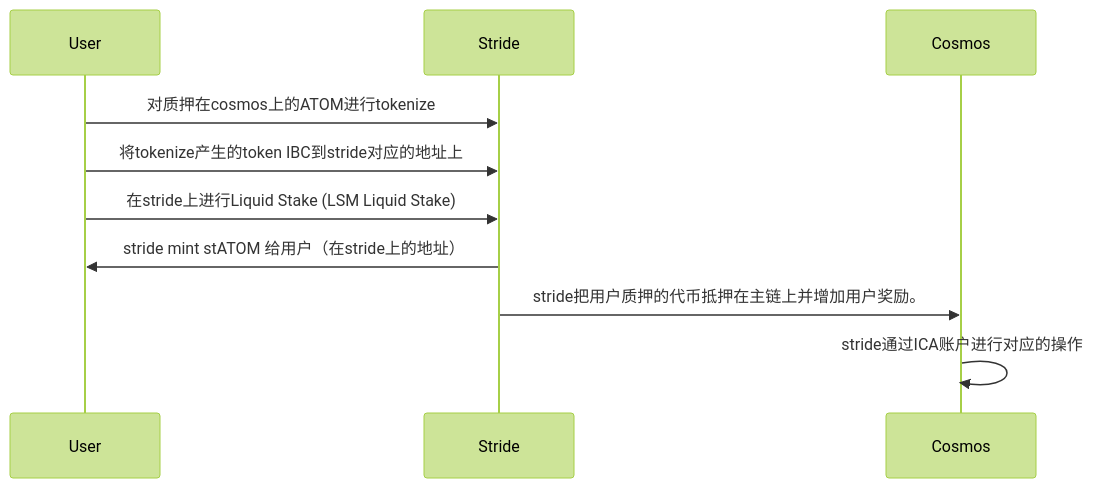
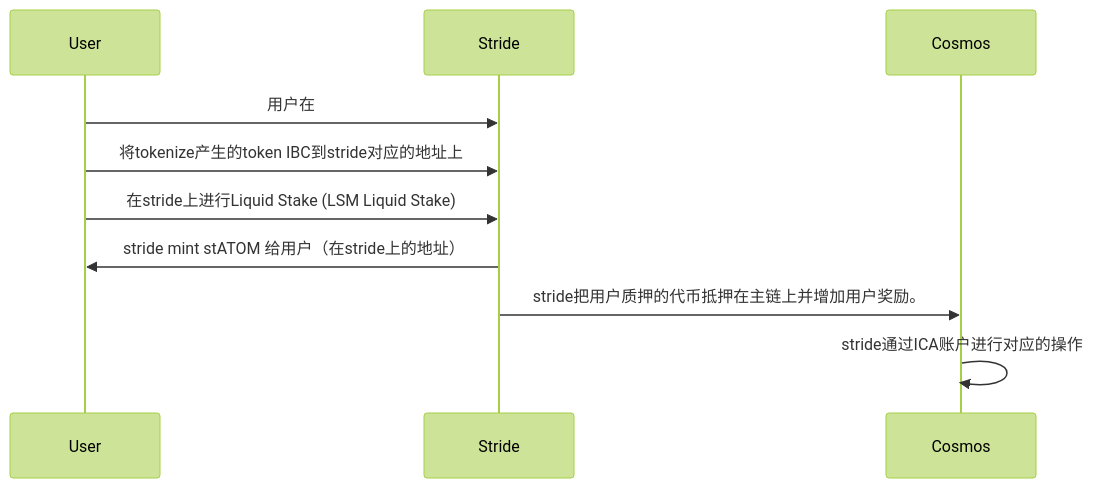
The diagram in all/未命名-3.md (yingjianzh/iodraw-files), drawn with Mermaid (forest theme) before and after one commit.

Commit message:
2024-03-28 14:34:42 update

````diff
--- a/all/未命名-3.md
+++ b/all/未命名-3.md
@@ -1,9 +1,9 @@
 ```mermaid
 sequenceDiagram
-    User->>Stride: 对质押在cosmos上的ATOM进行tokenize
+    User->>Stride: 用户在
     User->>Stride: 将tokenize产生的token IBC到stride对应的地址上
     User->>Stride: 在stride上进行Liquid Stake (LSM Liquid Stake)
     Stride->>User: stride mint stATOM 给用户（在stride上的地址）
     Stride->>Cosmos: stride把用户质押的代币抵押在主链上并增加用户奖励。
     Cosmos->>Cosmos: stride通过ICA账户进行对应的操作
 ```
````
